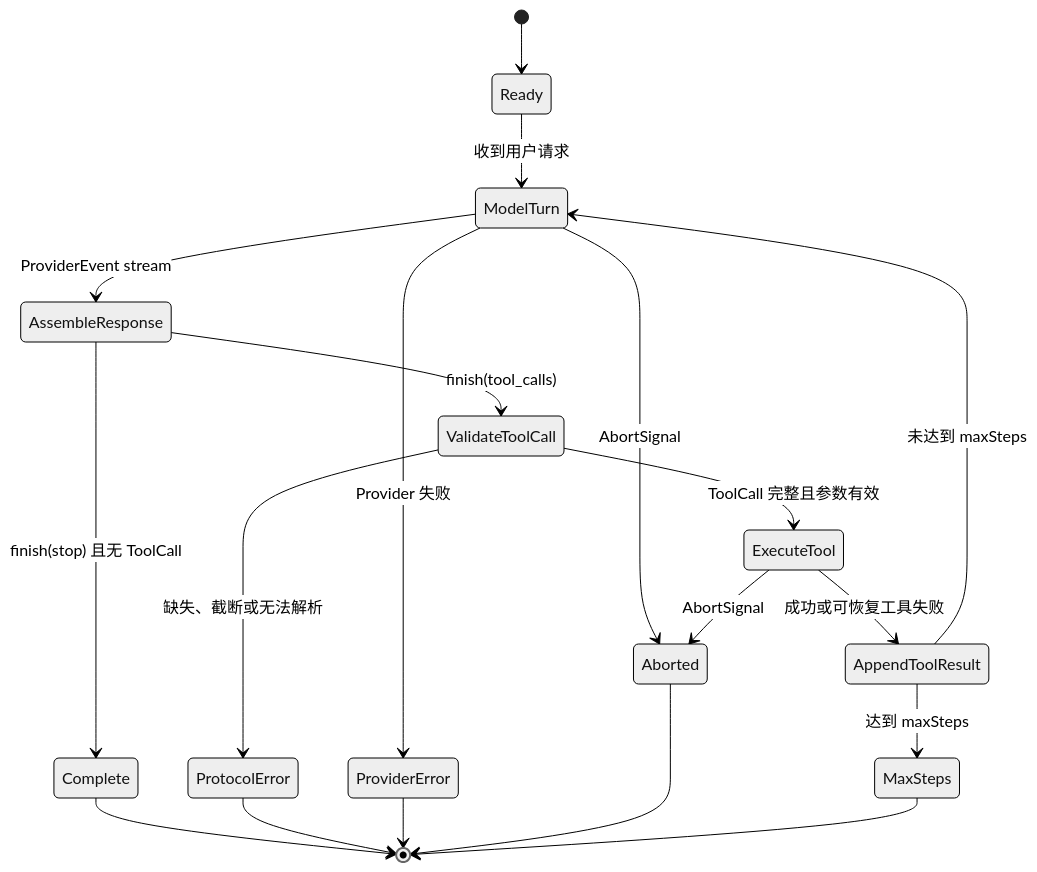
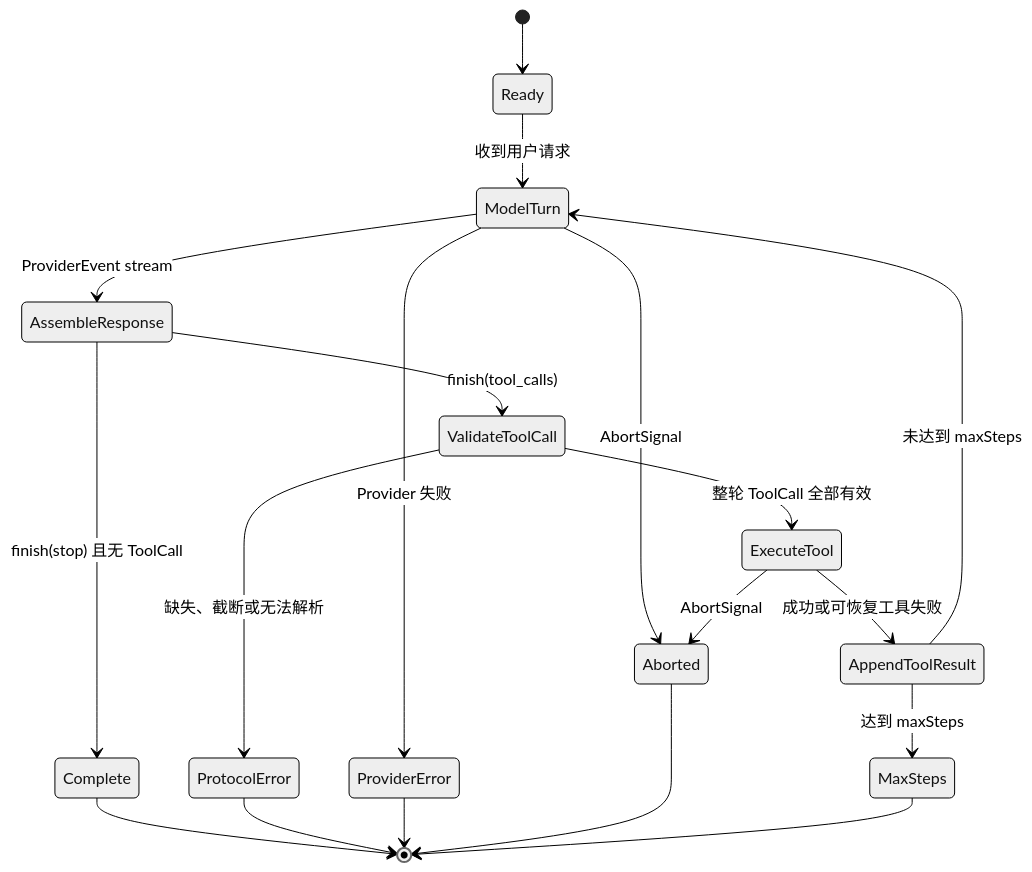
Before and after one commit to Ryanic-Chang/EasyCode: the second of 2 diagrams in docs/ARCHITECTURE.md, drawn with Mermaid (neutral theme). The commit also changed other lines of this file and 17 other files, not shown here.

````diff
--- a/docs/ARCHITECTURE.md
+++ b/docs/ARCHITECTURE.md
@@ -170,21 +184,21 @@
 ```mermaid
 stateDiagram-v2
     [*] --> Ready
     Ready --> ModelTurn: 收到用户请求
     ModelTurn --> AssembleResponse: ProviderEvent stream
     AssembleResponse --> Complete: finish(stop) 且无 ToolCall
     AssembleResponse --> ValidateToolCall: finish(tool_calls)
-    ValidateToolCall --> ExecuteTool: ToolCall 完整且参数有效
+    ValidateToolCall --> ExecuteTool: 整轮 ToolCall 全部有效
     ValidateToolCall --> ProtocolError: 缺失、截断或无法解析
     ExecuteTool --> AppendToolResult: 成功或可恢复工具失败
     AppendToolResult --> ModelTurn: 未达到 maxSteps
     AppendToolResult --> MaxSteps: 达到 maxSteps
     ModelTurn --> ProviderError: Provider 失败
     ModelTurn --> Aborted: AbortSignal
     ExecuteTool --> Aborted: AbortSignal
     Complete --> [*]
     ProtocolError --> [*]
     ProviderError --> [*]
     Aborted --> [*]
     MaxSteps --> [*]
 ```
````
